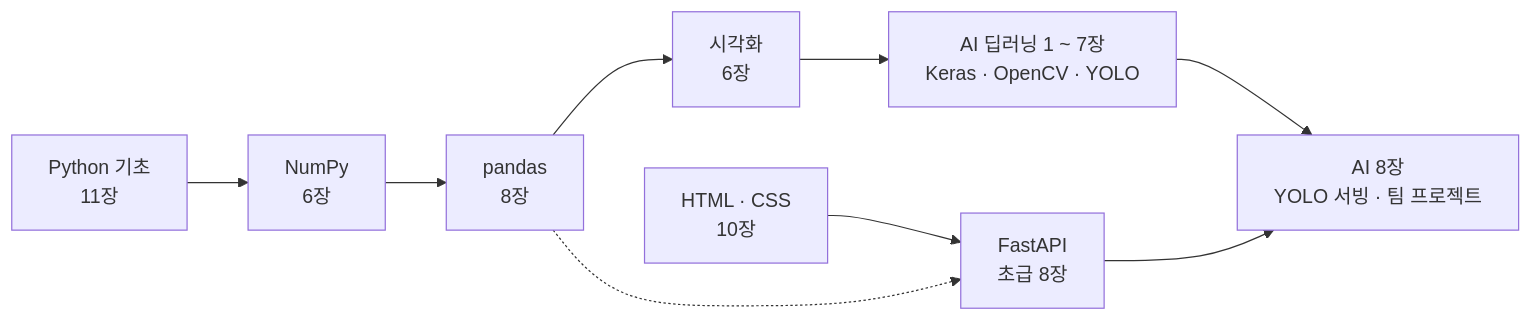
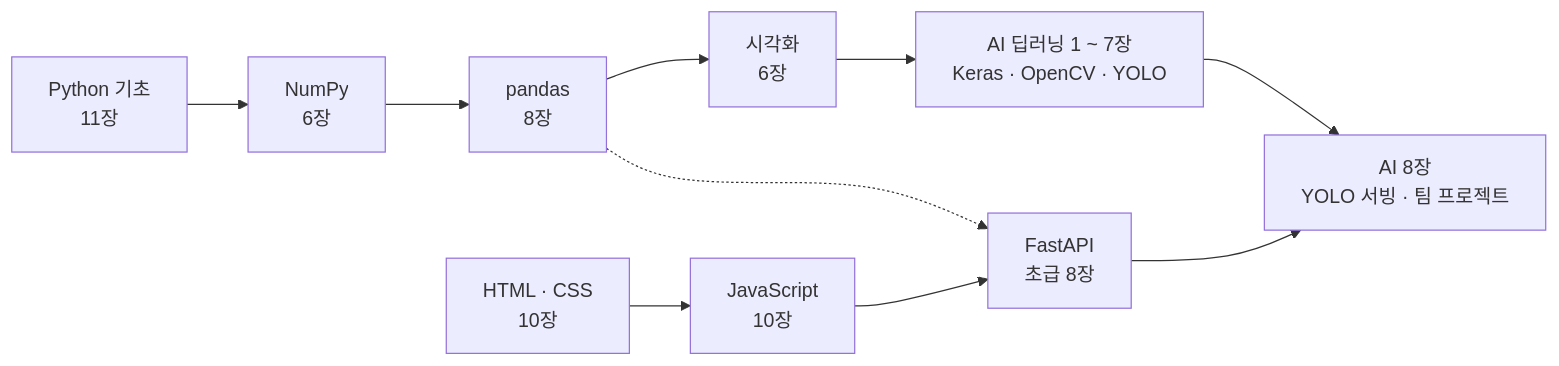
One commit to sinaboro/ai-service-course changed the diagram in README.md. Above: the diagram before and after it, drawn with Mermaid. The commit also changed other lines of this file and 160 other files, not shown here.

First line of the commit message:
JavaScript: 자기주도 학습용 10장 과정 새로 추가 (교안 + 예제 + 통합 PDF 160쪽)

````diff
--- a/README.md
+++ b/README.md
@@ -21,8 +22,8 @@
 ```mermaid
 flowchart LR
   P["Python 기초<br/>11장"] --> N["NumPy<br/>6장"] --> D["pandas<br/>8장"] --> V["시각화<br/>6장"] --> A["AI 딥러닝 1 ~ 7장<br/>Keras · OpenCV · YOLO"]
-  H["HTML · CSS<br/>10장"] --> F["FastAPI<br/>초급 8장"]
+  H["HTML · CSS<br/>10장"] --> J["JavaScript<br/>10장"] --> F["FastAPI<br/>초급 8장"]
   A --> X["AI 8장<br/>YOLO 서빙 · 팀 프로젝트"]
   F --> X
   D -.-> F
 ```
````
